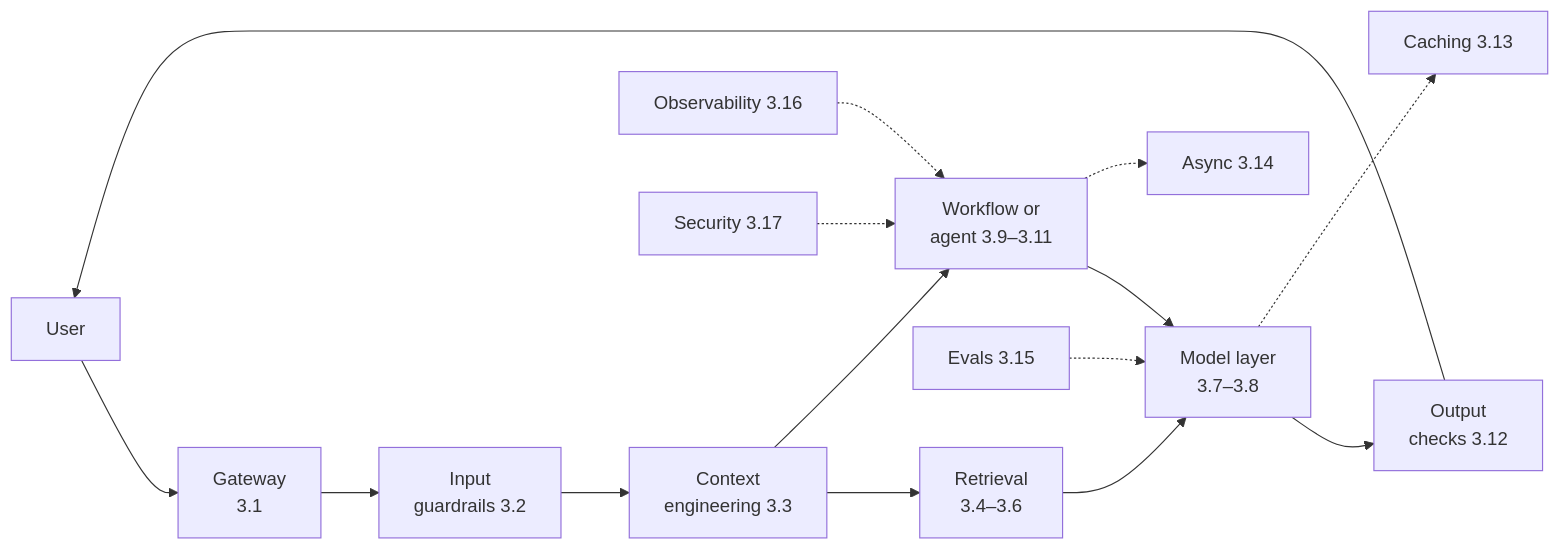
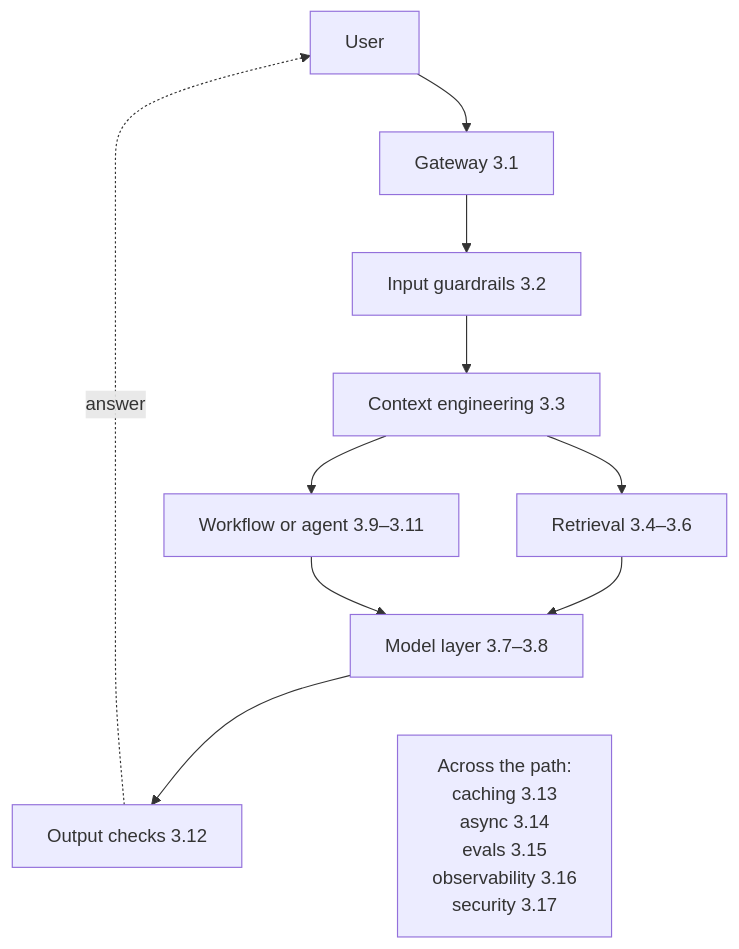
One commit to daneb/ai-system-design-primer changed the diagram in images/src/readme.mmd. Above: the diagram before and after it, drawn with Mermaid. The commit also changed 151 other files, not shown here.

```diff
--- a/images/src/readme.mmd
+++ b/images/src/readme.mmd
@@ -1,16 +1,8 @@
 %% alt: The request path through the primer's components. A user's request passes through the gateway (3.1), input guardrails (3.2) and context engineering (3.3), then retrieval (3.4 to 3.6) and a workflow or agent (3.9 to 3.11), reaches the model layer (3.7, 3.8), and returns through output checks (3.12). Caching, asynchronism, evals, observability and security support the path.
-flowchart LR
-  U[User]:::human --> G[Gateway<br/>3.1]:::control
-  G --> IG[Input<br/>guardrails 3.2]:::control
-  IG --> C[Context<br/>engineering 3.3]
-  C --> R[Retrieval<br/>3.4–3.6]:::data
-  C --> A[Workflow or<br/>agent 3.9–3.11]:::tool
-  A --> M[Model layer<br/>3.7–3.8]:::model
-  R --> M
-  M --> OG[Output<br/>checks 3.12]:::control
-  OG --> U
-  M -.-> K[Caching 3.13]:::data
-  A -.-> Q[Async 3.14]
-  E[Evals 3.15] -.-> M
-  O[Observability 3.16] -.-> A
-  S[Security 3.17] -.-> A
+flowchart TB
+  U[User]:::human --> G[Gateway 3.1]:::control --> IG[Input guardrails 3.2]:::control --> C[Context engineering 3.3]:::tool
+  C --> R[Retrieval 3.4–3.6]:::data & A[Workflow or agent 3.9–3.11]:::tool
+  R & A --> M[Model layer 3.7–3.8]:::model
+  M --> OG[Output checks 3.12]:::control
+  OG -.->|answer| U
+  M ~~~ X[Across the path:<br/>caching 3.13<br/>async 3.14<br/>evals 3.15<br/>observability 3.16<br/>security 3.17]
```
